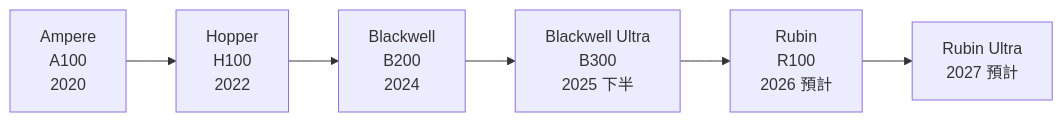
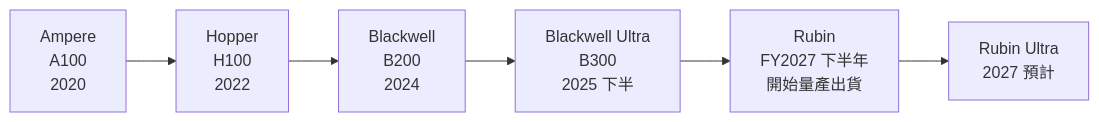
One commit to wizardhsiehcom/book changed the first of 3 diagrams in docs/nvidia/architecture-roadmap.md. Above: the diagram before and after it, drawn with Mermaid. The commit also changed other lines of this file and 5 other files, not shown here.

````diff
--- a/docs/nvidia/architecture-roadmap.md
+++ b/docs/nvidia/architecture-roadmap.md
@@ -7,8 +7,8 @@
 ```mermaid
 flowchart LR
     A["Ampere<br/>A100<br/>2020"] --> B["Hopper<br/>H100<br/>2022"]
     B --> C["Blackwell<br/>B200<br/>2024"]
     C --> D["Blackwell Ultra<br/>B300<br/>2025 下半"]
-    D --> E["Rubin<br/>R100<br/>2026 預計"]
+    D --> E["Rubin<br/>FY2027 下半年<br/>開始量產出貨"]
     E --> F["Rubin Ultra<br/>2027 預計"]
 ```
````
